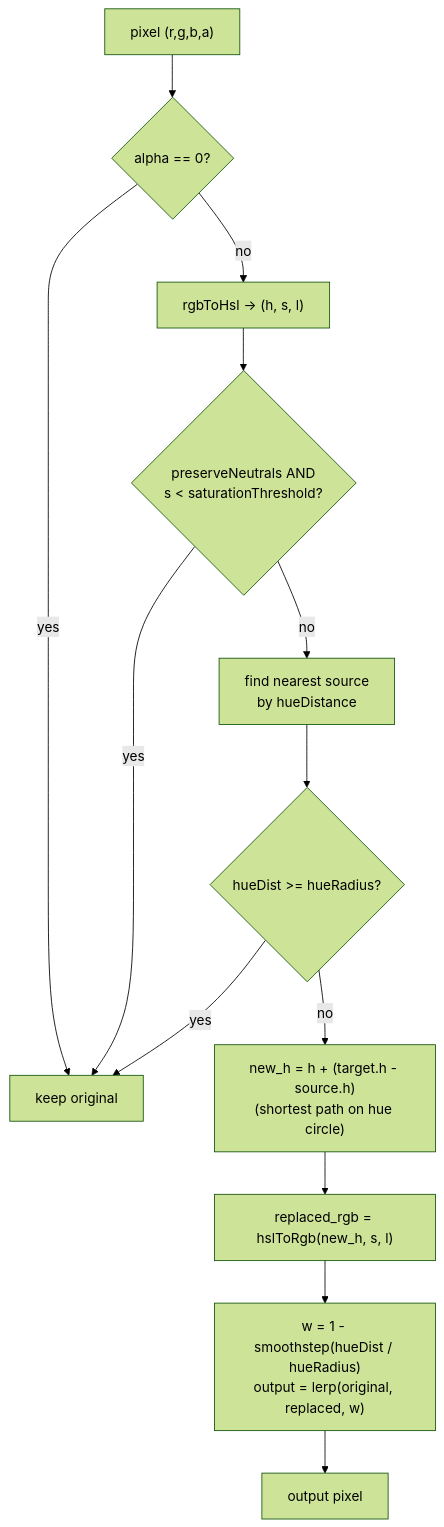
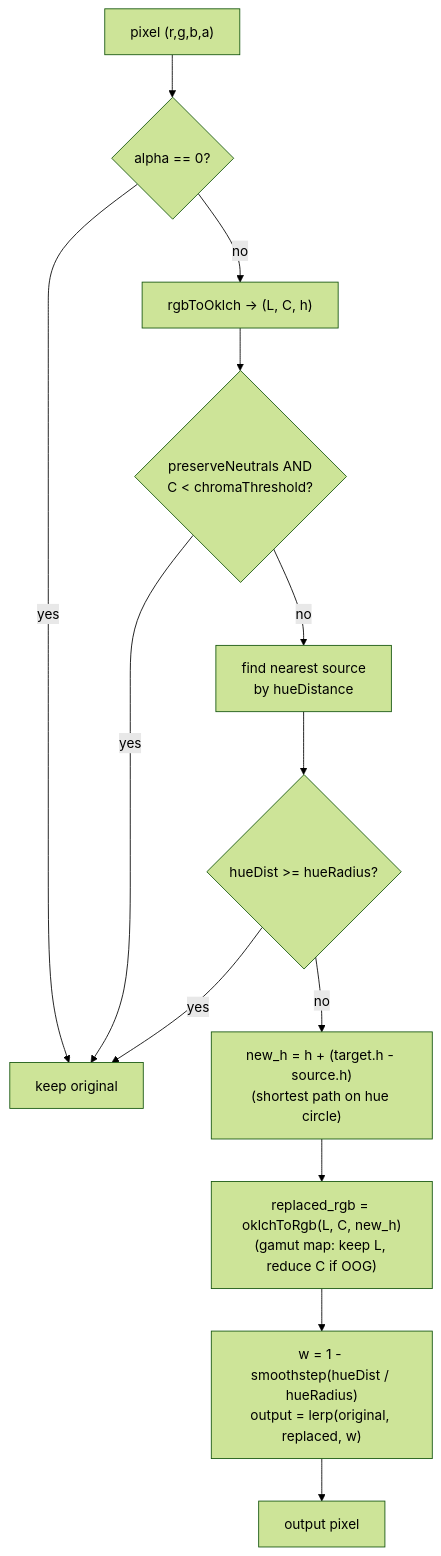
Before and after one commit to cp3hnu/change-images-theme: the diagram in README.md, drawn with Mermaid (forest theme). The commit also changed other lines of this file and 7 other files, not shown here.

````diff
--- a/README.md
+++ b/README.md
@@ -126,15 +127,15 @@
 ```mermaid
 flowchart TD
   P["pixel (r,g,b,a)"] --> A{"alpha == 0?"}
   A -->|yes| Keep[keep original]
-  A -->|no| H["rgbToHsl -> (h, s, l)"]
-  H --> N{"preserveNeutrals AND<br/>s < saturationThreshold?"}
+  A -->|no| H["rgbToOklch -> (L, C, h)"]
+  H --> N{"preserveNeutrals AND<br/>C < chromaThreshold?"}
   N -->|yes| Keep
   N -->|no| F["find nearest source<br/>by hueDistance"]
   F --> R{"hueDist >= hueRadius?"}
   R -->|yes| Keep
   R -->|no| Rot["new_h = h + (target.h - source.h)<br/>(shortest path on hue circle)"]
-  Rot --> Back["replaced_rgb = hslToRgb(new_h, s, l)"]
+  Rot --> Back["replaced_rgb = oklchToRgb(L, C, new_h)<br/>(gamut map: keep L, reduce C if OOG)"]
   Back --> Blend["w = 1 - smoothstep(hueDist / hueRadius)<br/>output = lerp(original, replaced, w)"]
   Blend --> Out[output pixel]
 ```
````
